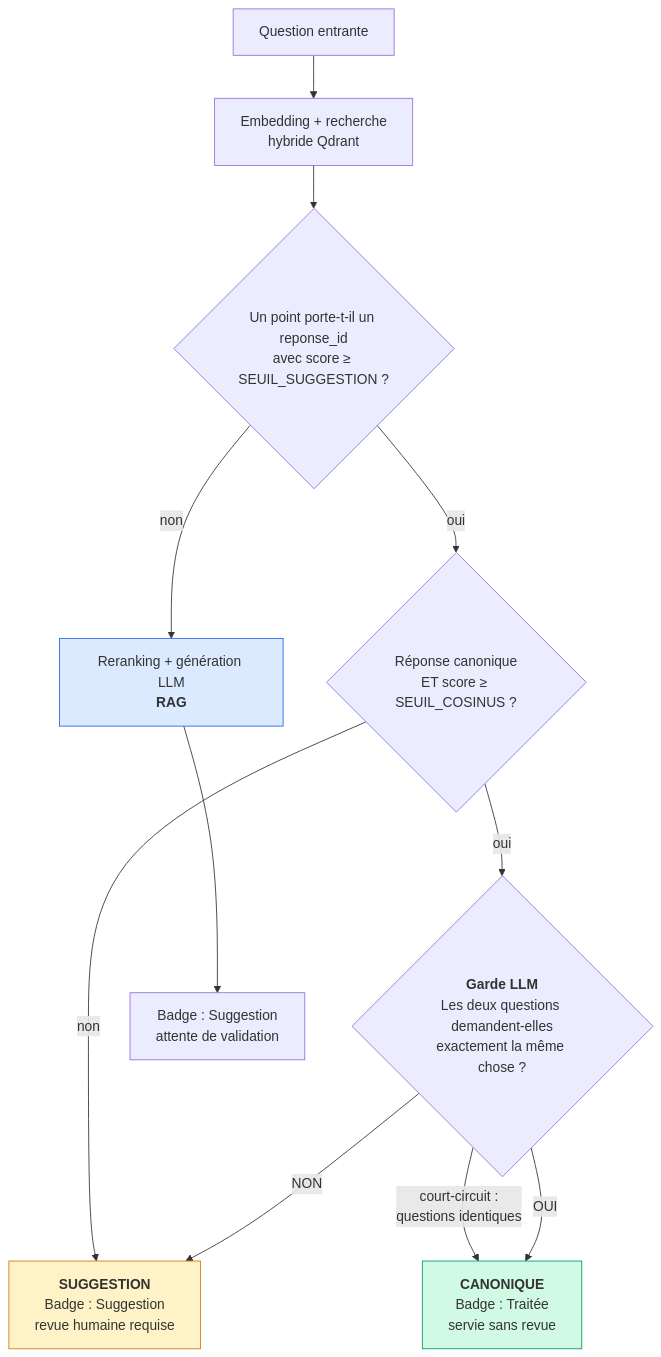
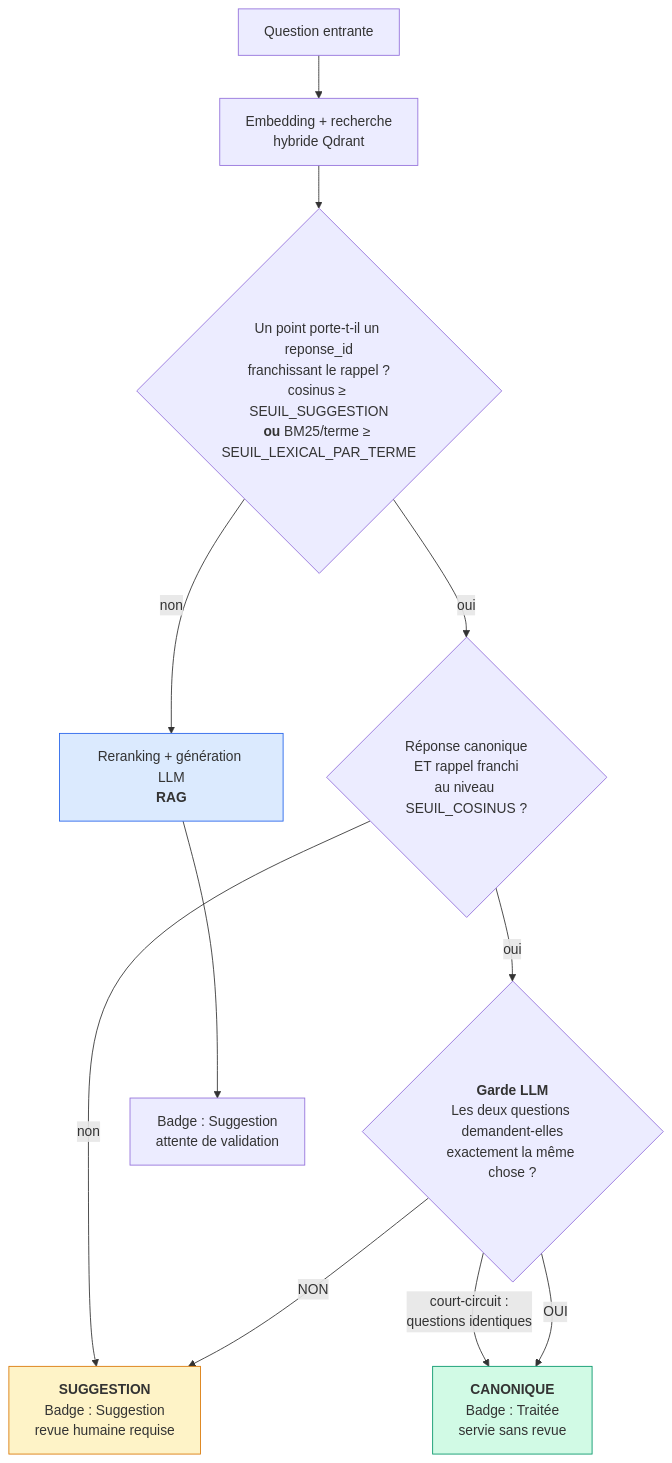
One commit to ThomasHWD/TicketAI changed the second of 2 diagrams in Docs/fonctionnalites/labels-et-categories.md. Above: the diagram before and after it, drawn with Mermaid. The commit also changed 6 other files, not shown here.

````diff
--- a/Docs/fonctionnalites/labels-et-categories.md
+++ b/Docs/fonctionnalites/labels-et-categories.md
@@ -98,21 +98,21 @@
 ```mermaid
 flowchart TD
     A[Question entrante] --> B[Embedding + recherche<br/>hybride Qdrant]
-    B --> C{Un point porte-t-il un reponse_id<br/>avec score ≥ SEUIL_SUGGESTION ?}
+    B --> C{Un point porte-t-il un reponse_id<br/>franchissant le rappel ?<br/>cosinus ≥ SEUIL_SUGGESTION<br/><b>ou</b> BM25/terme ≥ SEUIL_LEXICAL_PAR_TERME}
 
     C -->|non| G[Reranking + génération LLM<br/><b>RAG</b>]
-    C -->|oui| D{Réponse canonique<br/>ET score ≥ SEUIL_COSINUS ?}
+    C -->|oui| D{Réponse canonique<br/>ET rappel franchi<br/>au niveau SEUIL_COSINUS ?}
 
     D -->|non| F[<b>SUGGESTION</b><br/>Badge : Suggestion<br/>revue humaine requise]
     D -->|oui| E{<b>Garde LLM</b><br/>Les deux questions demandent-elles<br/>exactement la même chose ?}
 
     E -->|court-circuit :<br/>questions identiques| H
     E -->|OUI| H[<b>CANONIQUE</b><br/>Badge : Traitée<br/>servie sans revue]
     E -->|NON| F
 
     G --> I[Badge : Suggestion<br/>attente de validation]
 
     style H fill:#d1fae5,stroke:#059669
     style F fill:#fef3c7,stroke:#d97706
     style G fill:#dbeafe,stroke:#2563eb
 ```
````
